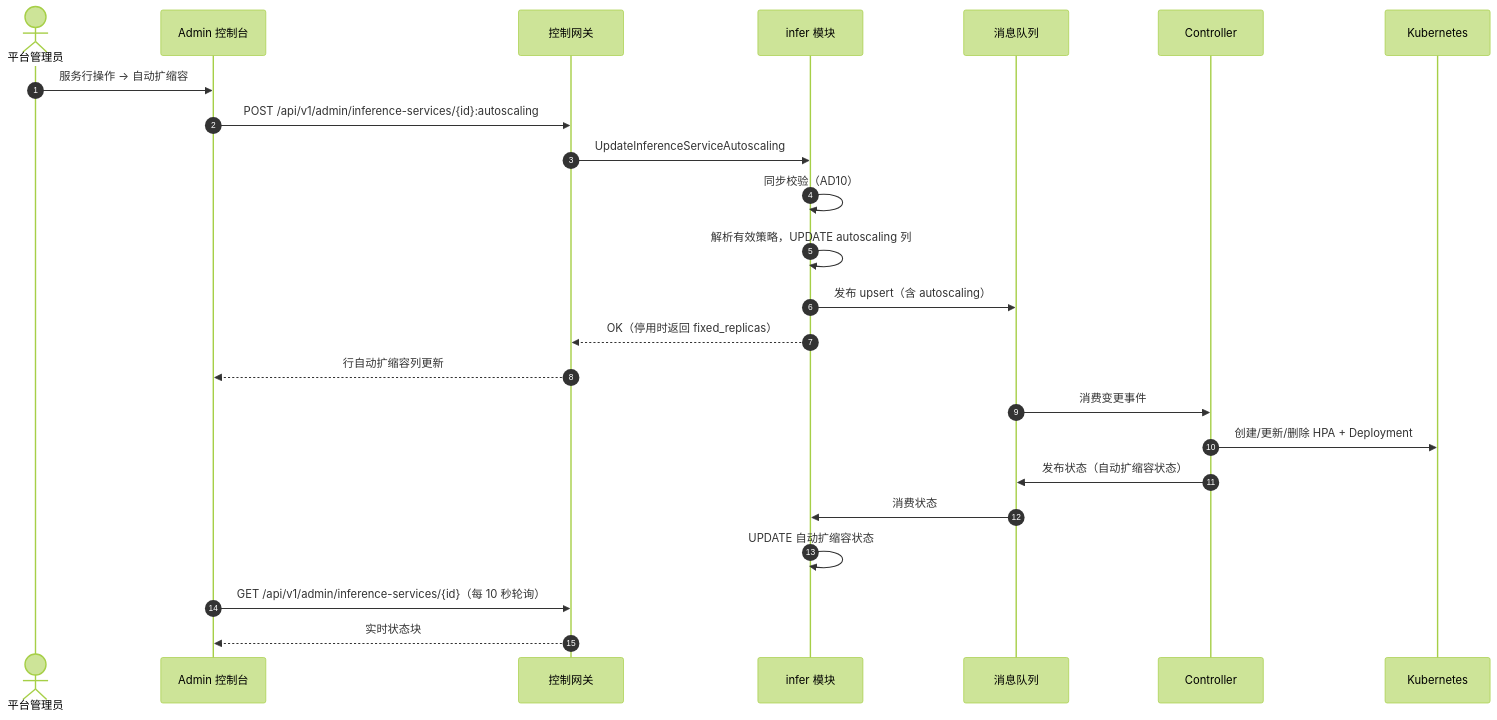
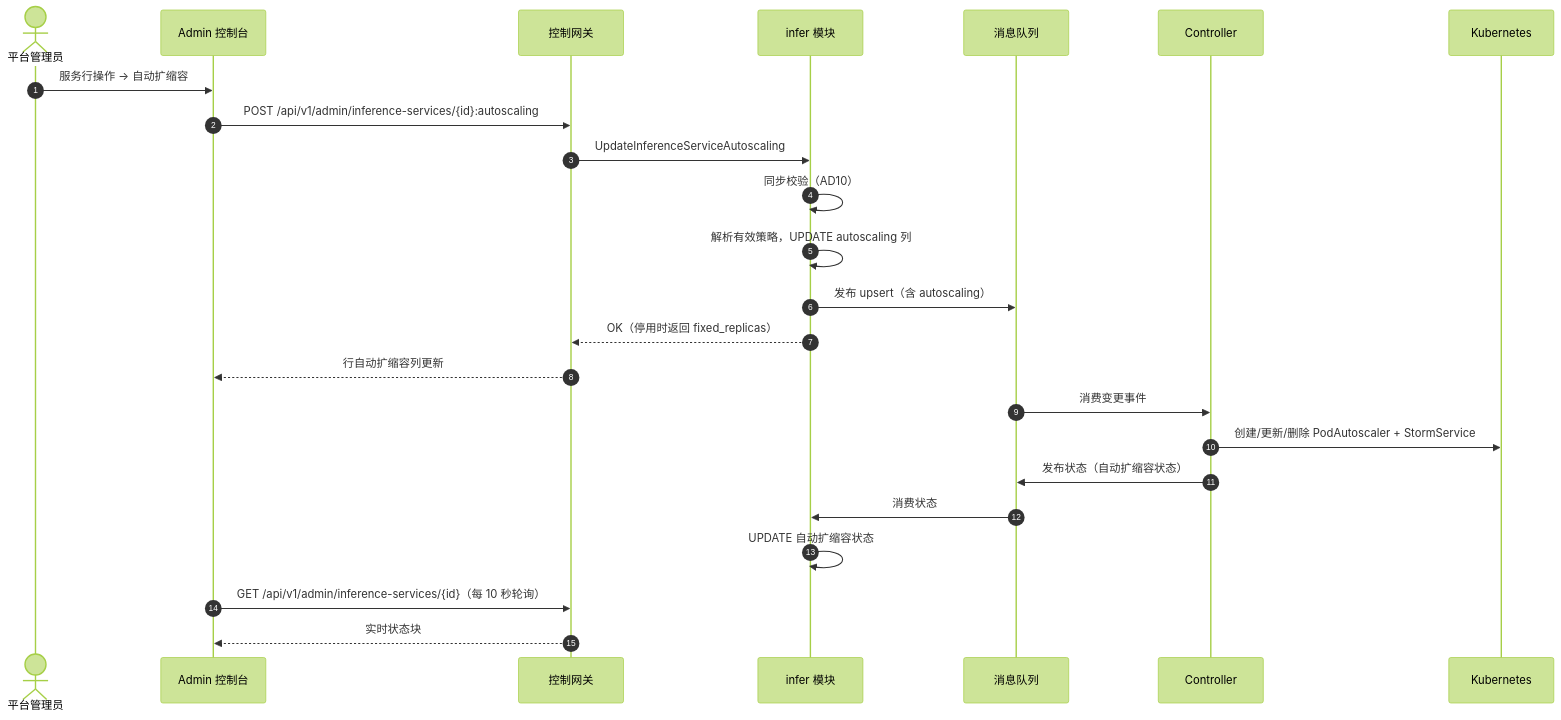
Before and after one commit to go-taas/go-taas: the third of 5 diagrams in site/docs/architecture/inference-autoscaling.zh-cn.md, drawn with Mermaid (forest theme). The commit also changed other lines of this file and 41 other files, not shown here.

````diff
--- a/site/docs/architecture/inference-autoscaling.zh-cn.md
+++ b/site/docs/architecture/inference-autoscaling.zh-cn.md
@@ -519,27 +508,27 @@
 ```mermaid
 sequenceDiagram
     autonumber
     actor Admin as 平台管理员
     participant UI as Admin 控制台
     participant CGW as 控制网关
     participant Infer as infer 模块
     participant MQ as 消息队列
     participant CTRL as Controller
     participant K8s as Kubernetes
 
     Admin->>UI: 服务行操作 -> 自动扩缩容
     UI->>CGW: POST /api/v1/admin/inference-services/{id}:autoscaling
     CGW->>Infer: UpdateInferenceServiceAutoscaling
     Infer->>Infer: 同步校验（AD10）
     Infer->>Infer: 解析有效策略，UPDATE autoscaling 列
     Infer->>MQ: 发布 upsert（含 autoscaling）
     Infer-->>CGW: OK（停用时返回 fixed_replicas）
     CGW-->>UI: 行自动扩缩容列更新
     MQ->>CTRL: 消费变更事件
-    CTRL->>K8s: 创建/更新/删除 HPA + Deployment
+    CTRL->>K8s: 创建/更新/删除 PodAutoscaler + StormService
     CTRL->>MQ: 发布状态（自动扩缩容状态）
     MQ->>Infer: 消费状态
     Infer->>Infer: UPDATE 自动扩缩容状态
     UI->>CGW: GET /api/v1/admin/inference-services/{id}（每 10 秒轮询）
     CGW-->>UI: 实时状态块
 ```
````
